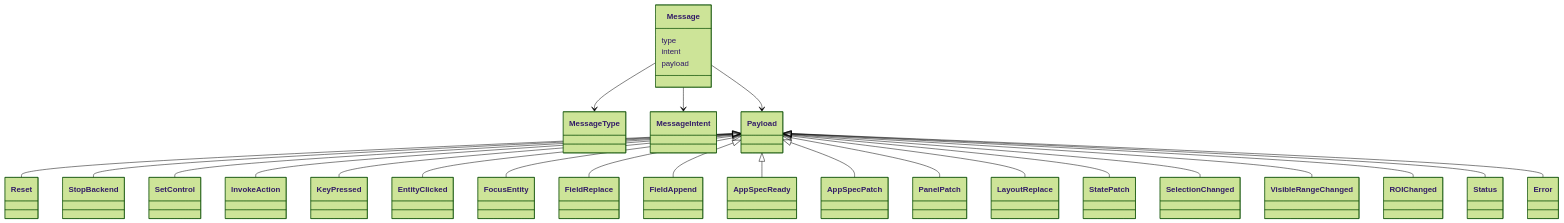
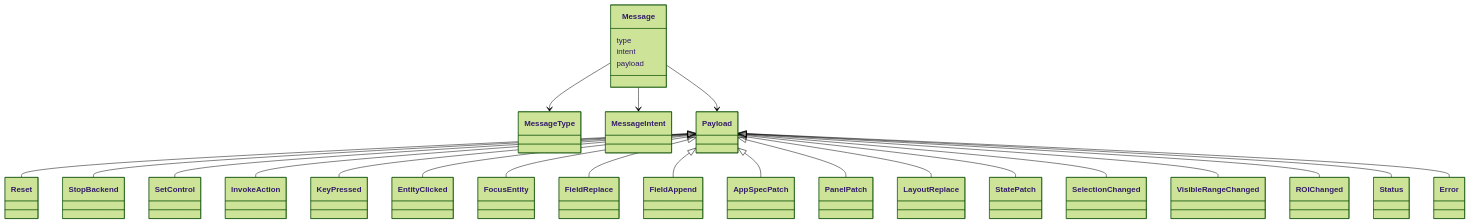
Before and after one commit to orrenravid1/CompartmentalNeuronGUI: the sixth of 21 diagrams in docs/architecture/design/proposals/backend-transport-frontend-proposal.md, drawn with Mermaid (forest theme). The commit also changed other lines of this file and 31 other files, not shown here.

````diff
--- a/docs/architecture/design/proposals/backend-transport-frontend-proposal.md
+++ b/docs/architecture/design/proposals/backend-transport-frontend-proposal.md
@@ -665,35 +692,34 @@
 ```mermaid
 classDiagram
     class Message {
       type
       intent
       payload
     }
     class MessageType
     class MessageIntent
     class Payload
 
     Message --> MessageType
     Message --> MessageIntent
     Message --> Payload
 
     Payload <|-- Reset
     Payload <|-- StopBackend
     Payload <|-- SetControl
     Payload <|-- InvokeAction
     Payload <|-- KeyPressed
     Payload <|-- EntityClicked
     Payload <|-- FocusEntity
     Payload <|-- FieldReplace
     Payload <|-- FieldAppend
-    Payload <|-- AppSpecReady
     Payload <|-- AppSpecPatch
     Payload <|-- PanelPatch
     Payload <|-- LayoutReplace
     Payload <|-- StatePatch
     Payload <|-- SelectionChanged
     Payload <|-- VisibleRangeChanged
     Payload <|-- ROIChanged
     Payload <|-- Status
     Payload <|-- Error
 ```
````
